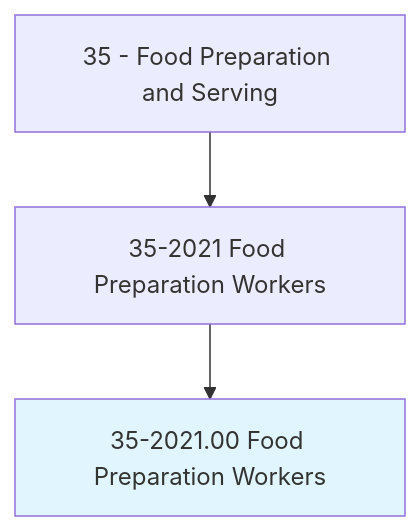
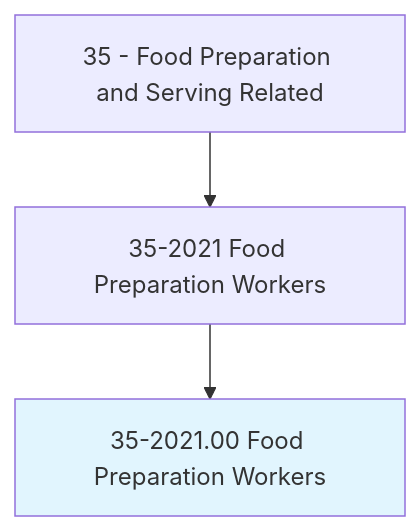
The first of 4 diagrams in occupations/FoodService/FoodPreparationWorkers.mdx (kziemski/business.org.ai), drawn with Mermaid before and after one commit. The commit also changed other lines of this file and 938 other files, not shown here.

````diff
--- a/occupations/FoodService/FoodPreparationWorkers.mdx
+++ b/occupations/FoodService/FoodPreparationWorkers.mdx
@@ -19,6 +23,6 @@
 ```mermaid
 graph TD
-    Cat35["35 - Food Preparation and Serving"] --> Group352021["35-2021 Food Preparation Workers"]
+    Cat35["35 - Food Preparation and Serving Related"] --> Group352021["35-2021 Food Preparation Workers"]
     Group352021 --> Current["35-2021.00 Food Preparation Workers"]
     style Current fill:#e1f5fe
 ```
````
